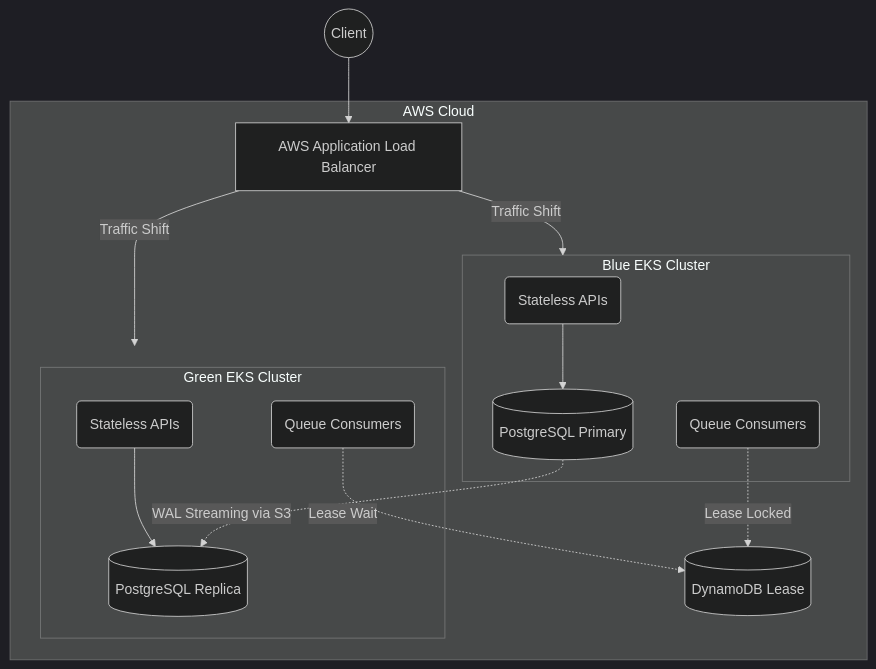
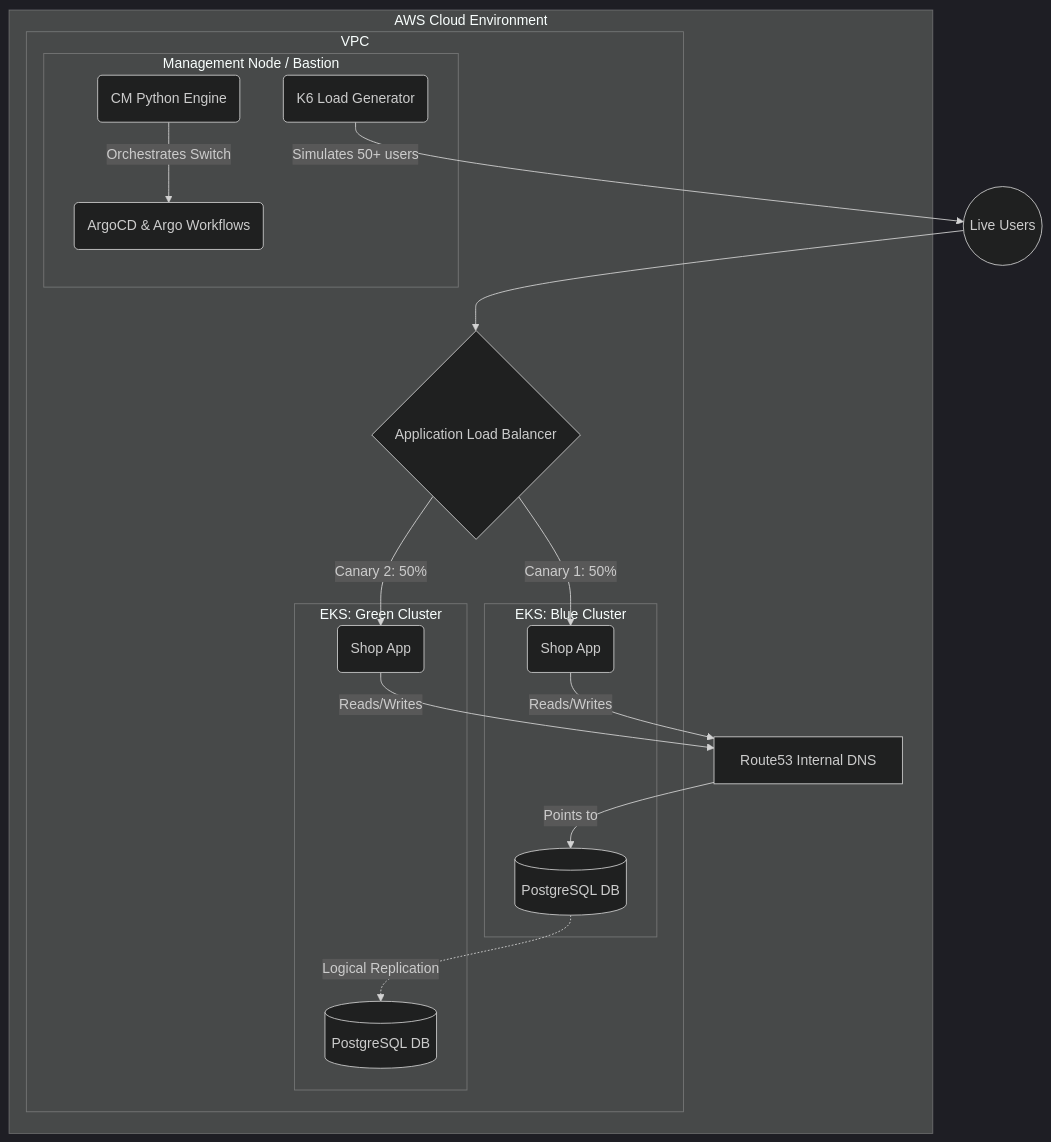
Before and after one commit to kaushalpatil205/clustermotion: the diagram in README.md, drawn with Mermaid (dark theme). The commit also changed other lines of this file and 10 other files, not shown here.

Commit message:
docs: Finalize project documentation with architecture, commands, and migration proofs

````diff
--- a/README.md
+++ b/README.md
@@ -34,28 +9,40 @@
 ```mermaid
 flowchart TD
-    Client((Client)) --> ALB[AWS Application Load Balancer]
-    
-    subgraph AWS Cloud
-        ALB -->|Traffic Shift| Blue[Blue EKS Cluster 1.34]
-        ALB -->|Traffic Shift| Green[Green EKS Cluster 1.36]
-        
-        subgraph Blue [Blue EKS Cluster]
-            B_API(Stateless APIs)
-            B_Worker(Queue Consumers)
-            B_DB[(PostgreSQL Primary)]
+    subgraph AWS Cloud [AWS Cloud Environment]
+        subgraph VPC [VPC]
+            subgraph Blue Cluster [EKS: Blue Cluster]
+                AppB(Shop App)
+                DBB[(PostgreSQL DB)]
+            end
+            
+            subgraph Green Cluster [EKS: Green Cluster]
+                AppG(Shop App)
+                DBG[(PostgreSQL DB)]
+            end
+            
+            subgraph Mgmt [Management Node / Bastion]
+                Argo(ArgoCD & Argo Workflows)
+                Engine(CM Python Engine)
+                LoadGen(K6 Load Generator)
+            end
+            
+            ALB{Application Load Balancer}
         end
         
-        subgraph Green [Green EKS Cluster]
-            G_API(Stateless APIs)
-            G_Worker(Queue Consumers)
-            G_DB[(PostgreSQL Replica)]
-        end
-        
-        B_API --> B_DB
-        G_API --> G_DB
-        B_DB -.->|WAL Streaming via S3| G_DB
-        
-        B_Worker -.->|Lease Locked| DynamoDB[(DynamoDB Lease)]
-        G_Worker -.->|Lease Wait| DynamoDB
+        DNS[Route53 Internal DNS]
     end
+
+    User((Live Users)) --> ALB
+    ALB -->|Canary 1: 50%| AppB
+    ALB -->|Canary 2: 50%| AppG
+    
+    AppB -->|Reads/Writes| DNS
+    AppG -->|Reads/Writes| DNS
+    
+    DNS -->|Points to| DBB
+    
+    DBB -.->|Logical Replication| DBG
+    
+    LoadGen -->|Simulates 50+ users| User
+    Engine -->|Orchestrates Switch| Argo
 ```
````
